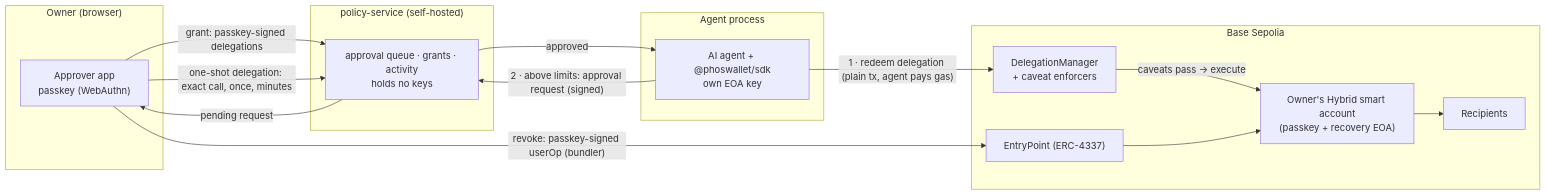
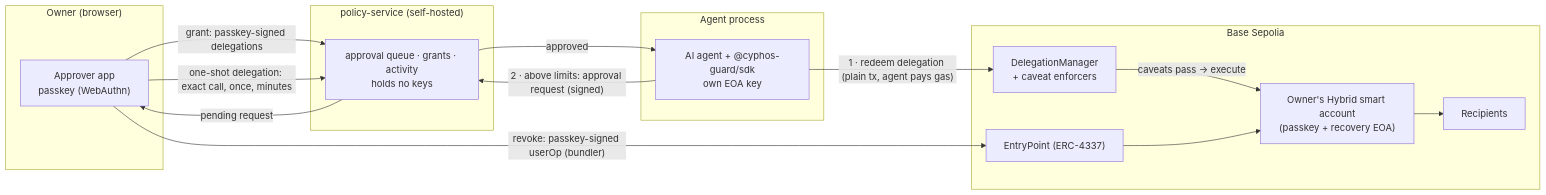
One commit to Phosse136/cyphos-guard changed the diagram in README.md. Above: the diagram before and after it, drawn with Mermaid. The commit also changed other lines of this file and 70 other files, not shown here.

First line of the commit message:
chore: rename project to cyphos-guard

````diff
--- a/README.md
+++ b/README.md
@@ -87,27 +87,27 @@
 ```mermaid
 flowchart LR
   subgraph Owner["Owner (browser)"]
     A["Approver app<br/>passkey (WebAuthn)"]
   end
   subgraph Agent["Agent process"]
-    G["AI agent + @phoswallet/sdk<br/>own EOA key"]
+    G["AI agent + @cyphos-guard/sdk<br/>own EOA key"]
   end
   subgraph PS["policy-service (self-hosted)"]
     Q["approval queue · grants · activity<br/>holds no keys"]
   end
   subgraph Chain["Base Sepolia"]
     DM["DelegationManager<br/>+ caveat enforcers"]
     SA["Owner's Hybrid smart account<br/>(passkey + recovery EOA)"]
     R["Recipients"]
     EP["EntryPoint (ERC-4337)"]
   end
 
   A -- "grant: passkey-signed delegations" --> Q
   G -- "1 · redeem delegation (plain tx, agent pays gas)" --> DM
   DM -- "caveats pass → execute" --> SA --> R
   G -- "2 · above limits: approval request (signed)" --> Q
   Q -- "pending request" --> A
   A -- "one-shot delegation: exact call, once, minutes" --> Q
   Q -- "approved" --> G
   A -- "revoke: passkey-signed userOp (bundler)" --> EP --> SA
 ```
````
